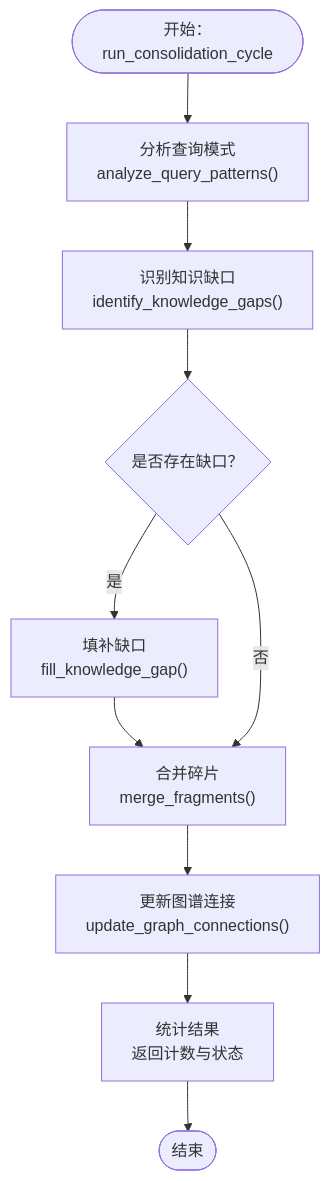
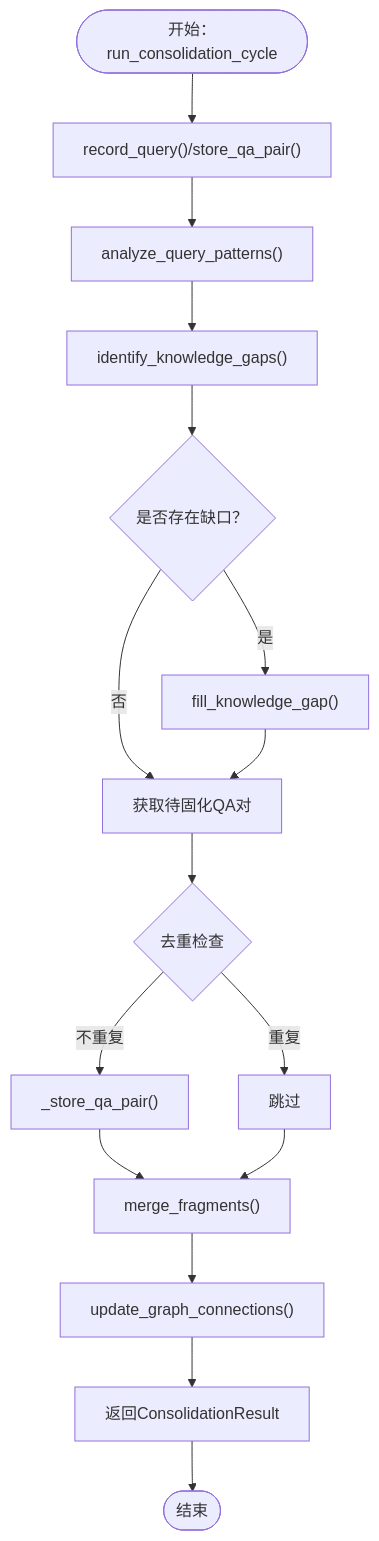
One commit to JieGaoPrinceton/NecoRAG changed the third of 6 diagrams in .qoder/repowiki/zh/content/巩固层模块/知识固化系统.md. Above: the diagram before and after it, drawn with Mermaid. The commit also changed other lines of this file and 12 other files, not shown here.

````diff
--- a/.qoder/repowiki/zh/content/巩固层模块/知识固化系统.md
+++ b/.qoder/repowiki/zh/content/巩固层模块/知识固化系统.md
@@ -158,12 +169,18 @@
 ```mermaid
 flowchart TD
-Start(["开始：run_consolidation_cycle"]) --> Analyze["分析查询模式<br/>analyze_query_patterns()"]
-Analyze --> Identify["识别知识缺口<br/>identify_knowledge_gaps()"]
-Identify --> FillLoop{"是否存在缺口？"}
-FillLoop --> |是| Fill["填补缺口<br/>fill_knowledge_gap()"]
-Fill --> Merge["合并碎片<br/>merge_fragments()"]
-Merge --> Update["更新图谱连接<br/>update_graph_connections()"]
-FillLoop --> |否| Merge
-Update --> Stats["统计结果<br/>返回计数与状态"]
-Stats --> End(["结束"])
+Start(["开始：run_consolidation_cycle"]) --> Record["record_query()/store_qa_pair()"]
+Record --> Analyze["analyze_query_patterns()"]
+Analyze --> Identify["identify_knowledge_gaps()"]
+Identify --> GapLoop{"是否存在缺口？"}
+GapLoop --> |是| Fill["fill_knowledge_gap()"]
+GapLoop --> |否| Pending["获取待固化QA对"]
+Fill --> Pending
+Pending --> Dedup{"去重检查"}
+Dedup --> |重复| Skip["跳过"]
+Dedup --> |不重复| Store["_store_qa_pair()"]
+Store --> Merge["merge_fragments()"]
+Skip --> Merge
+Merge --> Update["update_graph_connections()"]
+Update --> Result["返回ConsolidationResult"]
+Result --> End(["结束"])
 ```
````
